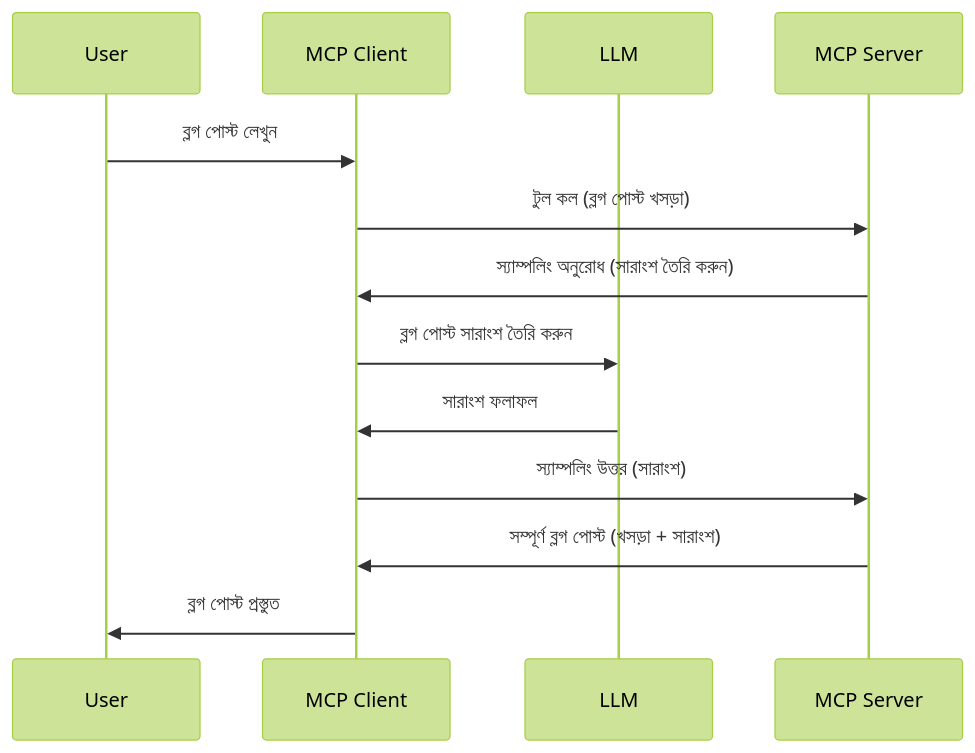
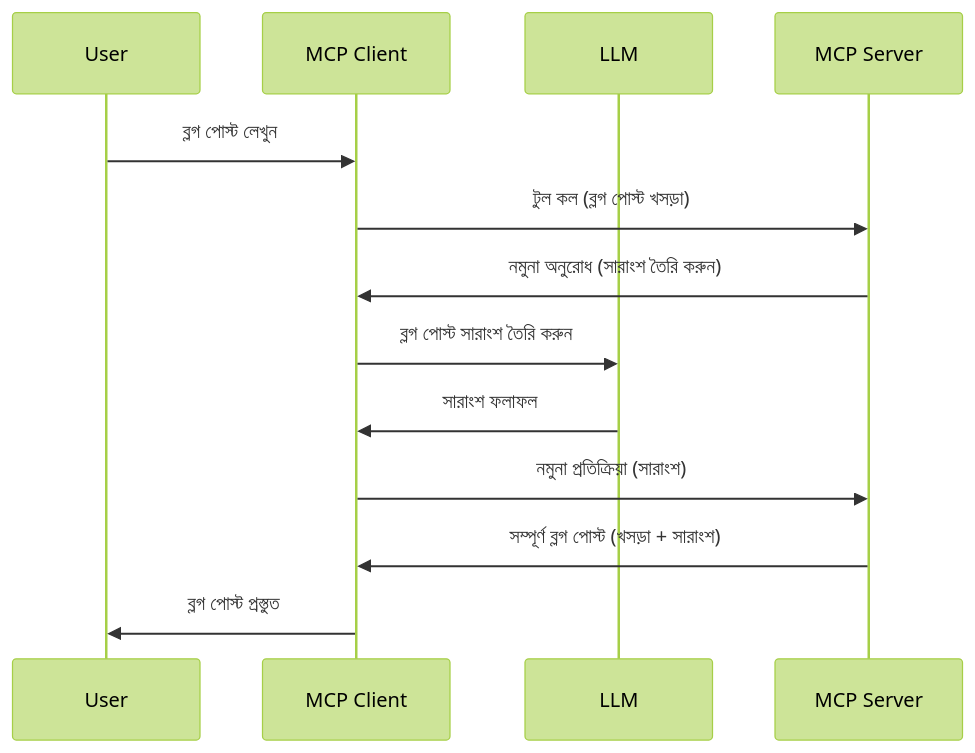
One commit to HIDORAKAI002/ai-workspace-archive changed the diagram in mcp_ecosystem__model_context_protocol/mcp_learning_resources/mcp-for-beginners/translations/bn/03-GettingStarted/14-sampling/README.md. Above: the diagram before and after it, drawn with Mermaid (forest theme). The commit also changed other lines of this file and 1160 other files, not shown here.

````diff
--- a/mcp_ecosystem__model_context_protocol/mcp_learning_resources/mcp-for-beginners/translations/bn/03-GettingStarted/14-sampling/README.md
+++ b/mcp_ecosystem__model_context_protocol/mcp_learning_resources/mcp-for-beginners/translations/bn/03-GettingStarted/14-sampling/README.md
@@ -23,16 +23,16 @@
 ```mermaid
 sequenceDiagram
     participant User
     participant MCP Client
     participant LLM
     participant MCP Server
 
     User->>MCP Client: ব্লগ পোস্ট লেখুন
-    MCP Client->>MCP Server: টুল কল (ব্লগ পোস্ট খসড়া)
-    MCP Server->>MCP Client: স্যাম্পলিং অনুরোধ (সারাংশ তৈরি করুন)
+    MCP Client->>MCP Server: টুল কল (ব্লগ পোস্ট খসড়া)
+    MCP Server->>MCP Client: নমুনা অনুরোধ (সারাংশ তৈরি করুন)
     MCP Client->>LLM: ব্লগ পোস্ট সারাংশ তৈরি করুন
     LLM->>MCP Client: সারাংশ ফলাফল
-    MCP Client->>MCP Server: স্যাম্পলিং উত্তর (সারাংশ)
-    MCP Server->>MCP Client: সম্পূর্ণ ব্লগ পোস্ট (খসড়া + সারাংশ)
+    MCP Client->>MCP Server: নমুনা প্রতিক্রিয়া (সারাংশ)
+    MCP Server->>MCP Client: সম্পূর্ণ ব্লগ পোস্ট (খসড়া + সারাংশ)
     MCP Client->>User: ব্লগ পোস্ট প্রস্তুত
 ```
````
